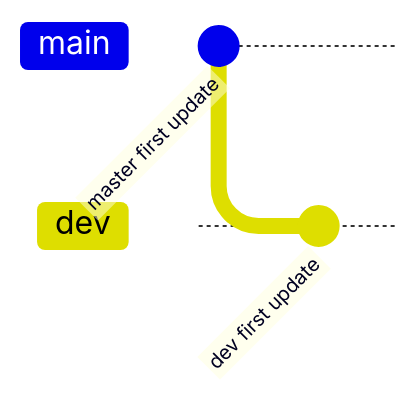
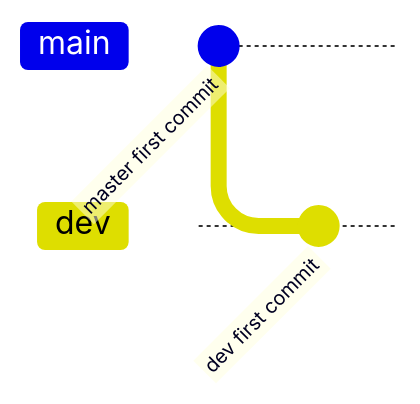
The seventh of 14 diagrams in _posts/software/git/2024-09-24-命令.md (dmjcb/dmjcb.github.io), drawn with Mermaid before and after one commit. The commit also changed other lines of this file and 165 other files, not shown here.

````diff
--- a/_posts/software/git/2024-09-24-命令.md
+++ b/_posts/software/git/2024-09-24-命令.md
@@ -561,7 +510,7 @@
 ```mermaid
 gitGraph
-    commit id: "master first update"
+    commit id: "master first commit"
     branch dev
     switch dev
-    commit id: "dev first update"
+    commit id: "dev first commit"
 ```
````
